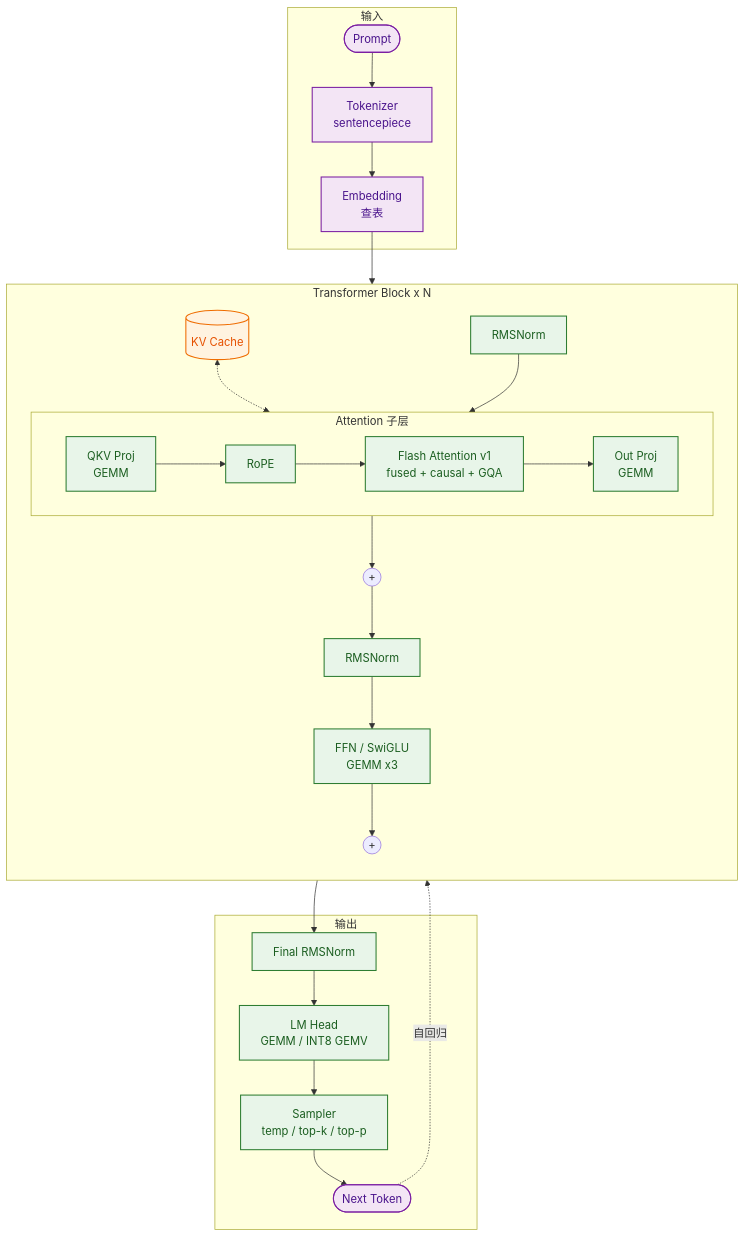
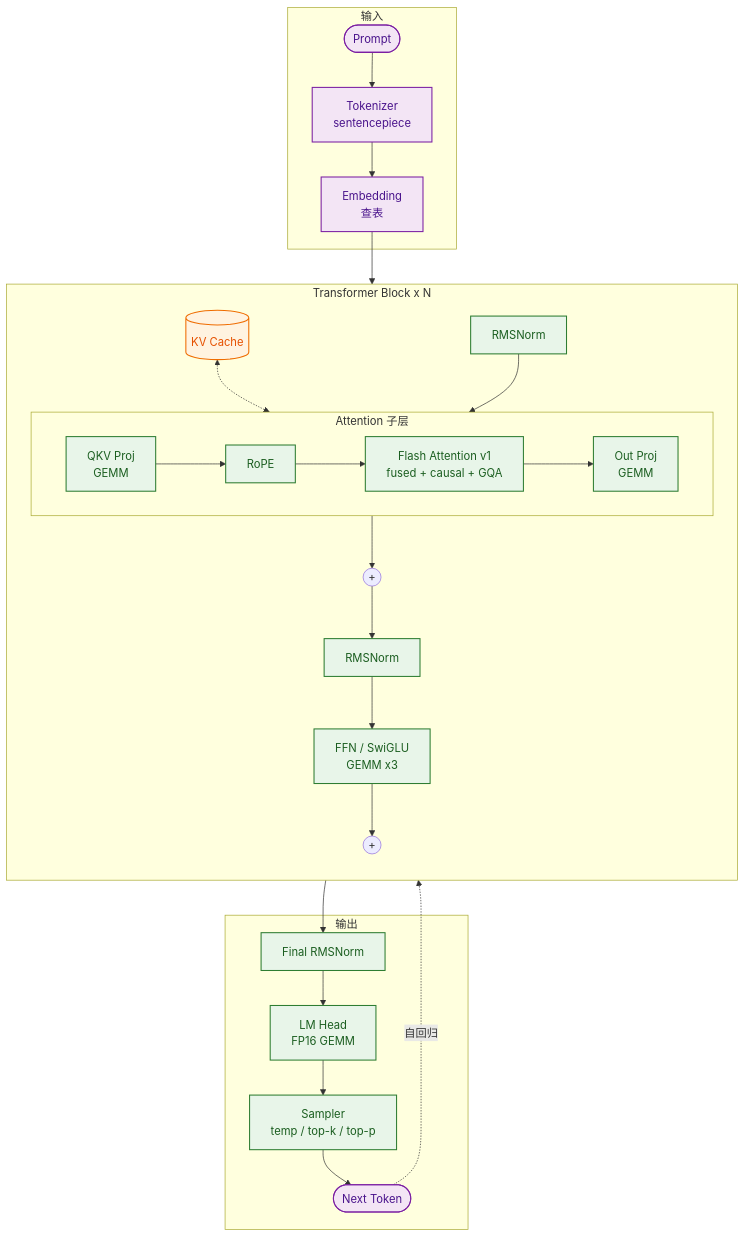
One commit to BetterThanAny/mini-llm-engine changed the diagram in README.md. Above: the diagram before and after it, drawn with Mermaid. The commit also changed other lines of this file, not shown here.

Commit message:
docs(README): fix LM Head stays FP16 (INT8 GEMV only on attention/FFN)

````diff
--- a/README.md
+++ b/README.md
@@ -11,39 +11,39 @@
 ```mermaid
 flowchart TB
     subgraph IN[输入]
         P([Prompt]) --> TOK[Tokenizer<br/>sentencepiece]
         TOK --> EMB[Embedding<br/>查表]
     end
 
     subgraph BLK[Transformer Block x N]
         direction TB
         N1[RMSNorm] --> ATTN
         subgraph ATTN[Attention 子层]
             direction LR
             QKV[QKV Proj<br/>GEMM] --> ROPE[RoPE]
             ROPE --> FA[Flash Attention v1<br/>fused + causal + GQA]
             FA --> OP[Out Proj<br/>GEMM]
         end
         ATTN --> RES1((+))
         RES1 --> N2[RMSNorm]
         N2 --> FFN[FFN / SwiGLU<br/>GEMM x3]
         FFN --> RES2((+))
         KV[(KV Cache)] <-.-> FA
     end
 
     subgraph OUT[输出]
-        NF[Final RMSNorm] --> LMH[LM Head<br/>GEMM / INT8 GEMV]
+        NF[Final RMSNorm] --> LMH[LM Head<br/>FP16 GEMM]
         LMH --> SMP[Sampler<br/>temp / top-k / top-p]
         SMP --> T([Next Token])
     end
 
     EMB --> BLK --> NF
     T -. 自回归 .-> BLK
 
     classDef kernel fill:#e8f5e9,stroke:#2e7d32,stroke-width:1.5px,color:#1b5e20
     classDef cache fill:#fff3e0,stroke:#ef6c00,stroke-width:1.5px,color:#e65100
     classDef io fill:#f3e5f5,stroke:#7b1fa2,stroke-width:1.5px,color:#4a148c
     class N1,N2,NF,QKV,ROPE,FA,OP,FFN,LMH,SMP kernel
     class KV cache
     class P,T,TOK,EMB io
 ```
````
